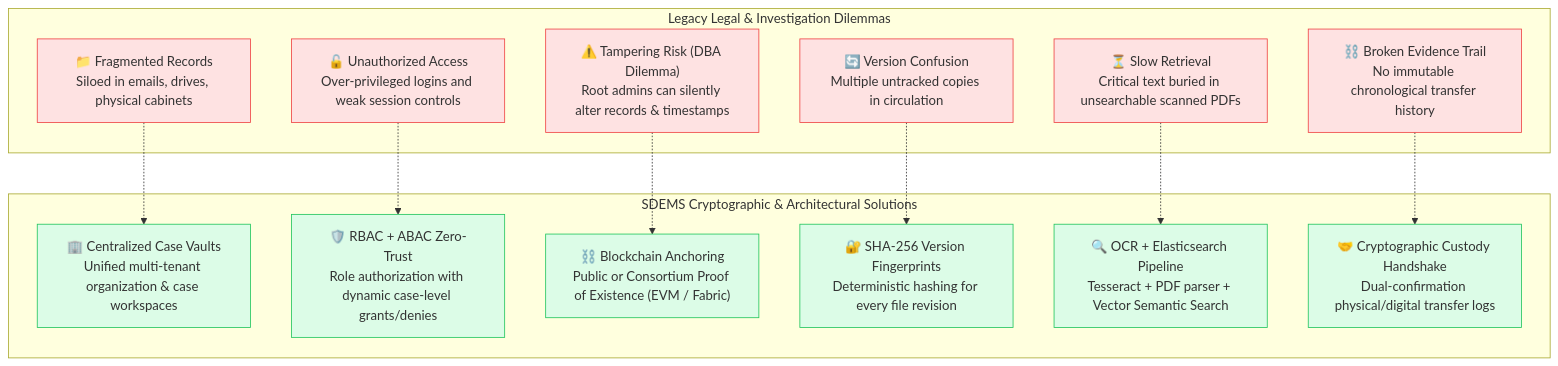
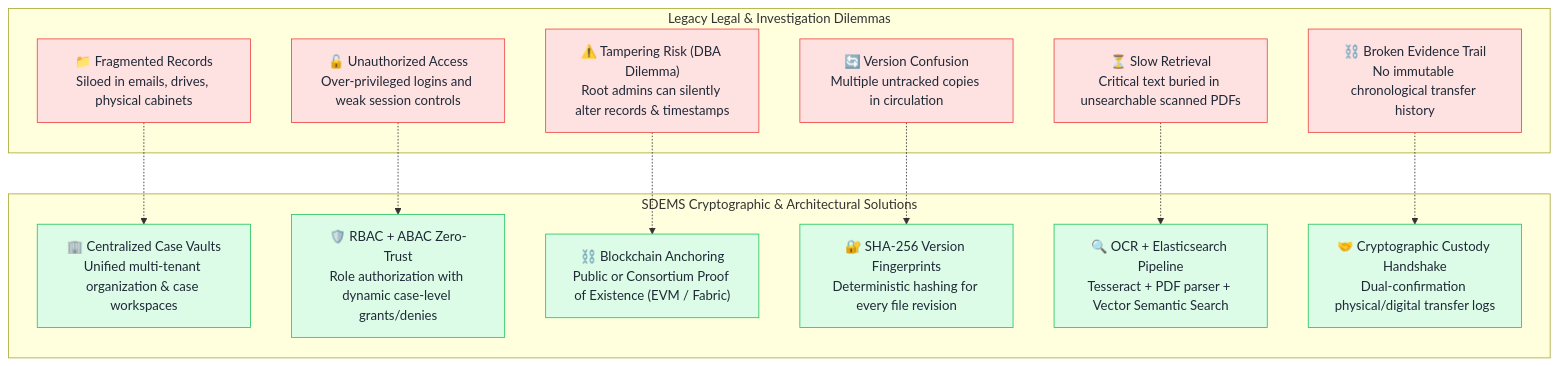
The first of 6 diagrams in README.md (MasirJafri1/sdems-evidence-management-system), drawn with Mermaid before and after one commit. The commit also changed other lines of this file, not shown here.

````diff
--- a/README.md
+++ b/README.md
@@ -80,41 +86,41 @@
 ```mermaid
 graph TD
     subgraph "Legacy Legal & Investigation Dilemmas"
         P1["📁 Fragmented Records<br>Siloed in emails, drives, physical cabinets"]
         P2["🔓 Unauthorized Access<br>Over-privileged logins and weak session controls"]
         P3["⚠️ Tampering Risk (DBA Dilemma)<br>Root admins can silently alter records & timestamps"]
         P4["🔄 Version Confusion<br>Multiple untracked copies in circulation"]
         P5["⏳ Slow Retrieval<br>Critical text buried in unsearchable scanned PDFs"]
         P6["⛓️ Broken Evidence Trail<br>No immutable chronological transfer history"]
     end
 
     subgraph "SDEMS Cryptographic & Architectural Solutions"
         S1["🏢 Centralized Case Vaults<br>Unified multi-tenant organization & case workspaces"]
         S2["🛡️ RBAC + ABAC Zero-Trust<br>Role authorization with dynamic case-level grants/denies"]
         S3["⛓️ Blockchain Anchoring<br>Public or Consortium Proof of Existence (EVM / Fabric)"]
         S4["🔐 SHA-256 Version Fingerprints<br>Deterministic hashing for every file revision"]
         S5["🔍 OCR + Elasticsearch Pipeline<br>Tesseract + PDF parser + Vector Semantic Search"]
         S6["🤝 Cryptographic Custody Handshake<br>Dual-confirmation physical/digital transfer logs"]
     end
 
     P1 -.-> S1
     P2 -.-> S2
     P3 -.-> S3
     P4 -.-> S4
     P5 -.-> S5
     P6 -.-> S6
 
-    style P1 fill:#fee2e2,stroke:#ef4444,stroke-width:1px
-    style P2 fill:#fee2e2,stroke:#ef4444,stroke-width:1px
-    style P3 fill:#fee2e2,stroke:#ef4444,stroke-width:1px
-    style P4 fill:#fee2e2,stroke:#ef4444,stroke-width:1px
-    style P5 fill:#fee2e2,stroke:#ef4444,stroke-width:1px
-    style P6 fill:#fee2e2,stroke:#ef4444,stroke-width:1px
+    style P1 fill:#fee2e2,stroke:#ef4444,stroke-width:1px,color:#1f2937
+    style P2 fill:#fee2e2,stroke:#ef4444,stroke-width:1px,color:#1f2937
+    style P3 fill:#fee2e2,stroke:#ef4444,stroke-width:1px,color:#1f2937
+    style P4 fill:#fee2e2,stroke:#ef4444,stroke-width:1px,color:#1f2937
+    style P5 fill:#fee2e2,stroke:#ef4444,stroke-width:1px,color:#1f2937
+    style P6 fill:#fee2e2,stroke:#ef4444,stroke-width:1px,color:#1f2937
 
-    style S1 fill:#dcfce7,stroke:#22c55e,stroke-width:1px
-    style S2 fill:#dcfce7,stroke:#22c55e,stroke-width:1px
-    style S3 fill:#dcfce7,stroke:#22c55e,stroke-width:1px
-    style S4 fill:#dcfce7,stroke:#22c55e,stroke-width:1px
-    style S5 fill:#dcfce7,stroke:#22c55e,stroke-width:1px
-    style S6 fill:#dcfce7,stroke:#22c55e,stroke-width:1px
+    style S1 fill:#dcfce7,stroke:#22c55e,stroke-width:1px,color:#1f2937
+    style S2 fill:#dcfce7,stroke:#22c55e,stroke-width:1px,color:#1f2937
+    style S3 fill:#dcfce7,stroke:#22c55e,stroke-width:1px,color:#1f2937
+    style S4 fill:#dcfce7,stroke:#22c55e,stroke-width:1px,color:#1f2937
+    style S5 fill:#dcfce7,stroke:#22c55e,stroke-width:1px,color:#1f2937
+    style S6 fill:#dcfce7,stroke:#22c55e,stroke-width:1px,color:#1f2937
 ```
````
